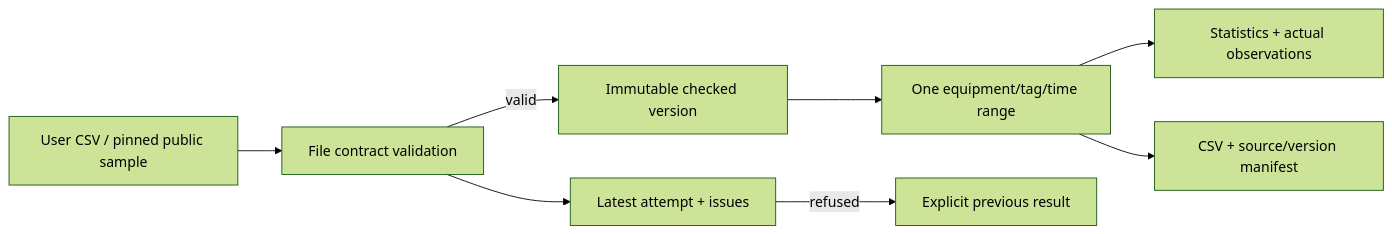
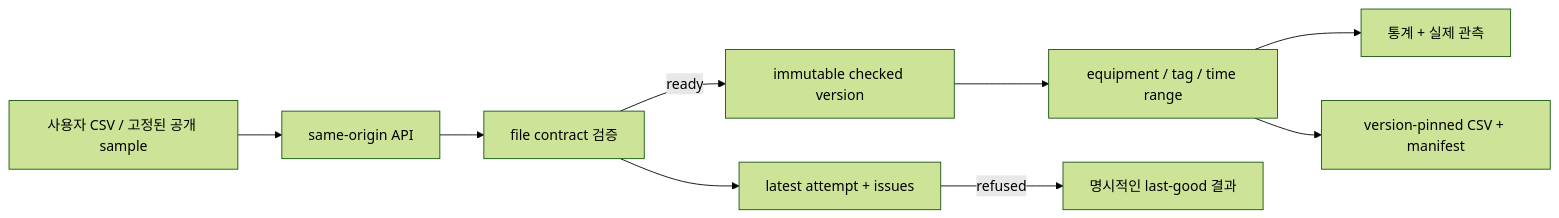
The first of 3 diagrams in docs/ARCHITECTURE.md (junhyun-dev/manufacturing-data-platform), drawn with Mermaid (forest theme) before and after one commit. The commit also changed other lines of this file and 3 other files, not shown here.

````diff
--- a/docs/ARCHITECTURE.md
+++ b/docs/ARCHITECTURE.md
@@ -5,10 +7,11 @@
 ```mermaid
 flowchart LR
-  file["User CSV / pinned public sample"] --> check["File contract validation"]
-  check --> attempt["Latest attempt + issues"]
-  check -- valid --> version["Immutable checked version"]
-  version --> sql["One equipment/tag/time range"]
-  sql --> browser["Statistics + actual observations"]
-  sql --> zip["CSV + source/version manifest"]
-  attempt -- refused --> previous["Explicit previous result"]
+  file["사용자 CSV / 고정된 공개 sample"] --> api["same-origin API"]
+  api --> validate["file contract 검증"]
+  validate --> attempt["latest attempt + issues"]
+  validate -- ready --> version["immutable checked version"]
+  version --> select["equipment / tag / time range"]
+  select --> view["통계 + 실제 관측"]
+  select --> export["version-pinned CSV + manifest"]
+  attempt -- refused --> previous["명시적인 last-good 결과"]
 ```
````
